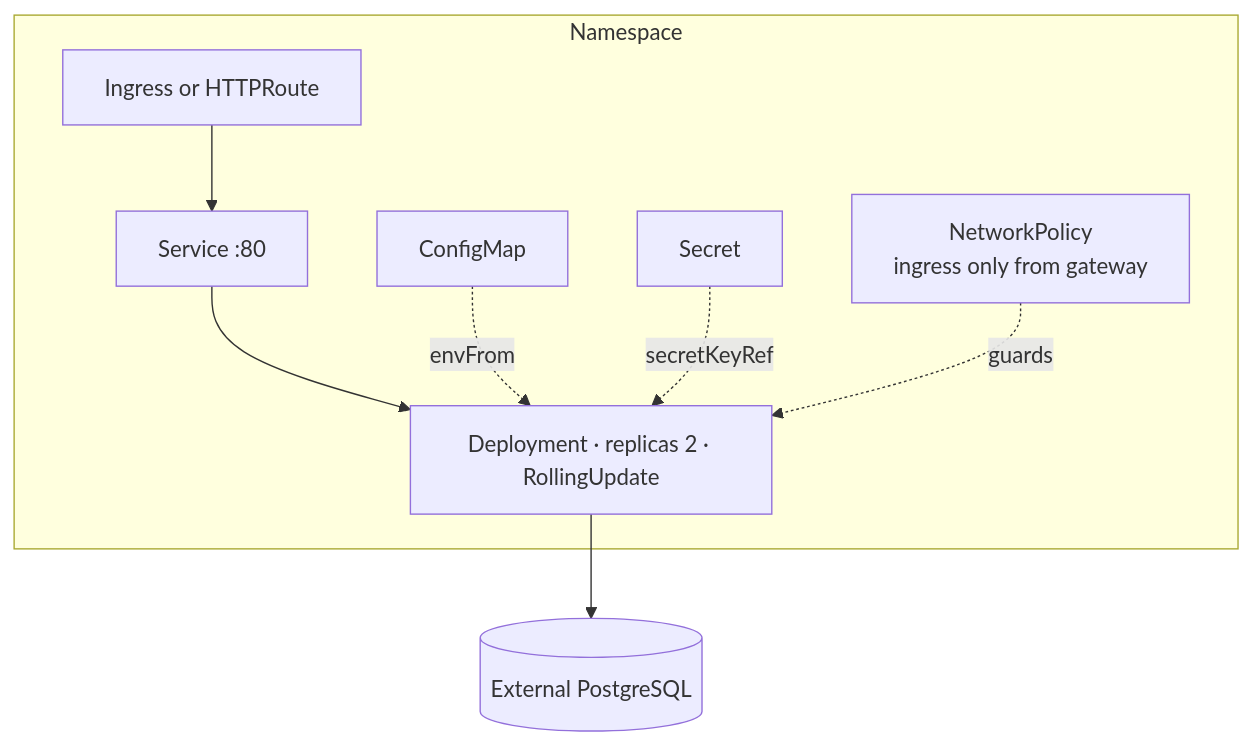
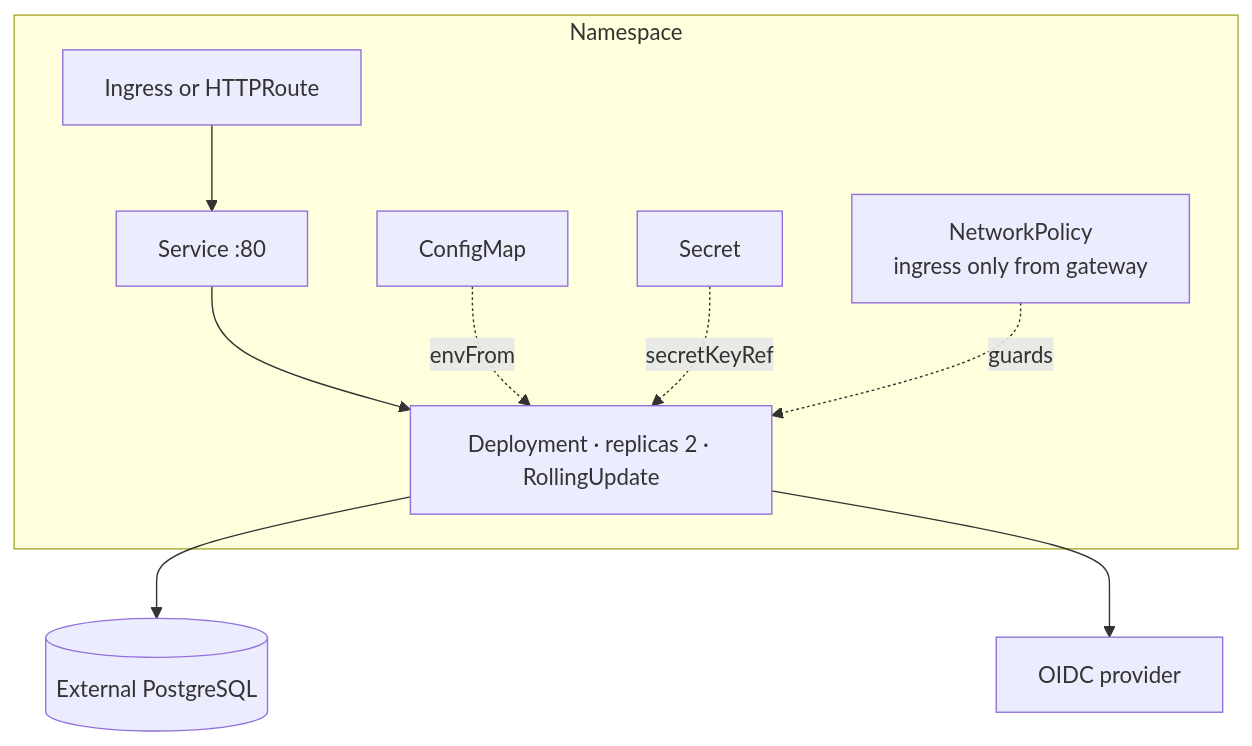
Before and after one commit to JoWe112/dmarc-analysis: the third of 4 diagrams in README.md, drawn with Mermaid. The commit also changed other lines of this file and 29 other files, not shown here.

````diff
--- a/README.md
+++ b/README.md
@@ -254,11 +317,12 @@
 ```mermaid
 flowchart TB
     subgraph ns[Namespace]
       ING[Ingress or HTTPRoute] --> SVC[Service :80]
       SVC --> D[Deployment · replicas 2 · RollingUpdate]
       CM[ConfigMap] -. envFrom .-> D
       SEC[Secret] -. secretKeyRef .-> D
       NP[NetworkPolicy<br/>ingress only from gateway] -. guards .-> D
     end
     D --> PG[(External PostgreSQL)]
+    D --> IDP[OIDC provider]
 ```
````
